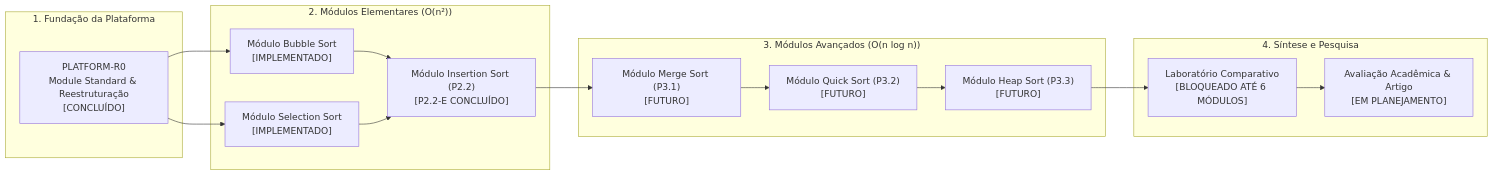
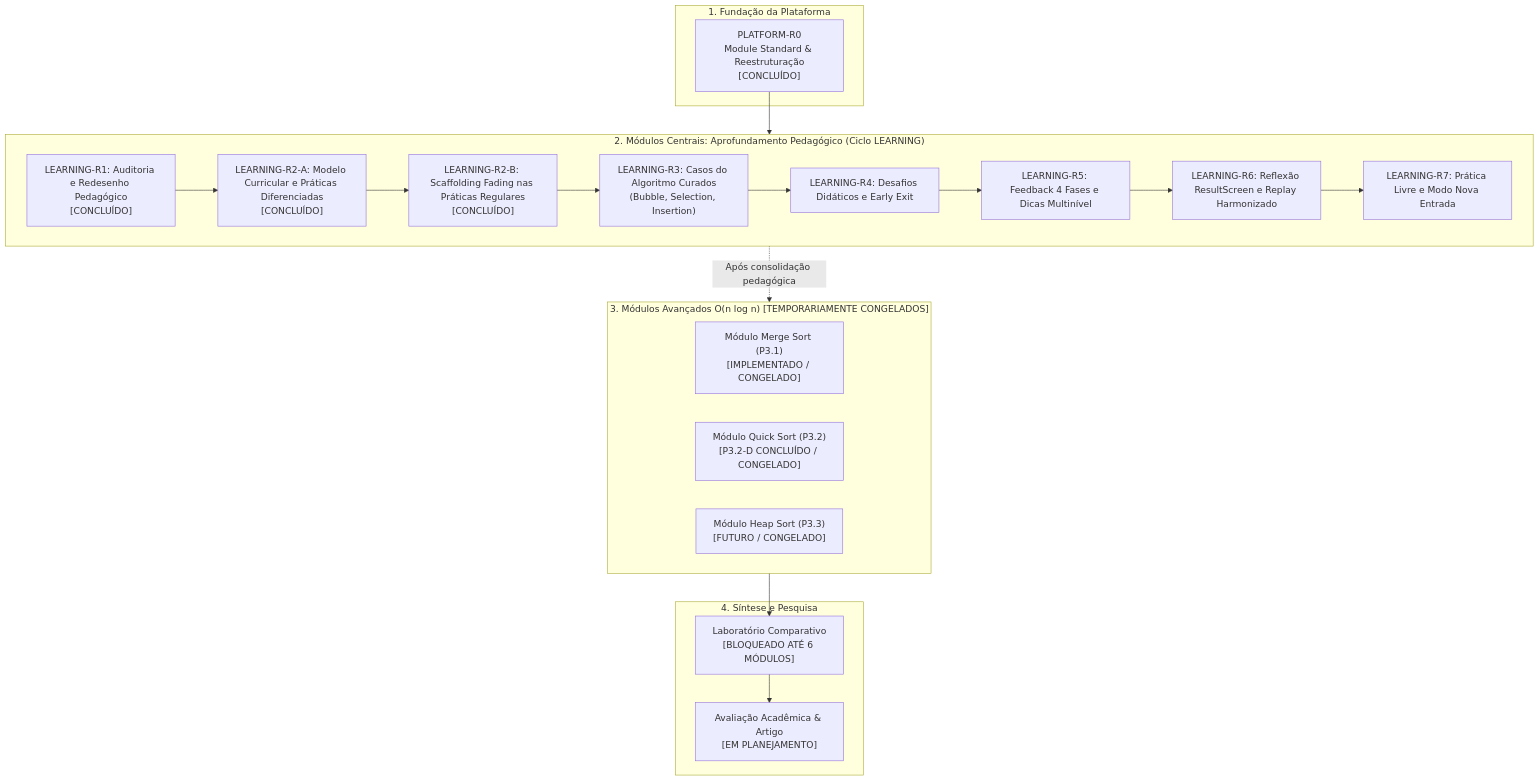
The diagram in docs/wiki/10-roadmap.md (MarcosV22/ClickOrder), drawn with Mermaid before and after one commit. The commit also changed other lines of this file and 40 other files, not shown here.

````diff
--- a/docs/wiki/10-roadmap.md
+++ b/docs/wiki/10-roadmap.md
@@ -14,25 +16,33 @@
 ```mermaid
-flowchart LR
+flowchart TD
     subgraph Foundation ["1. Fundação da Plataforma"]
         R0["PLATFORM-R0\nModule Standard & Reestruturação\n[CONCLUÍDO]"]
     end
 
-    subgraph Elementares ["2. Módulos Elementares (O(n²))"]
-        M1["Módulo Bubble Sort\n[IMPLEMENTADO]"]
-        M2["Módulo Selection Sort\n[IMPLEMENTADO]"]
-        M3["Módulo Insertion Sort (P2.2)\n[P2.2-E CONCLUÍDO]"]
+    subgraph Elementares ["2. Módulos Centrais: Aprofundamento Pedagógico (Ciclo LEARNING)"]
+        L1["LEARNING-R1: Auditoria e Redesenho Pedagógico\n[CONCLUÍDO]"]
+        L2["LEARNING-R2-A: Modelo Curricular e Práticas Diferenciadas\n[CONCLUÍDO]"]
+        L2B["LEARNING-R2-B: Scaffolding Fading nas Práticas Regulares\n[CONCLUÍDO]"]
+        L3["LEARNING-R3: Casos do Algoritmo Curados\n(Bubble, Selection, Insertion)"]
+        L4["LEARNING-R4: Desafios Didáticos e Early Exit"]
+        L5["LEARNING-R5: Feedback 4 Fases e Dicas Multinível"]
+        L6["LEARNING-R6: Reflexão ResultScreen e Replay Harmonizado"]
+        L7["LEARNING-R7: Prática Livre e Modo Nova Entrada"]
+        L1 --> L2 --> L2B --> L3 --> L4 --> L5 --> L6 --> L7
     end
 
-    subgraph Avancados ["3. Módulos Avançados (O(n log n))"]
-        M4["Módulo Merge Sort (P3.1)\n[FUTURO]"]
-        M5["Módulo Quick Sort (P3.2)\n[FUTURO]"]
-        M6["Módulo Heap Sort (P3.3)\n[FUTURO]"]
+    subgraph Avancados ["3. Módulos Avançados O(n log n) [TEMPORARIAMENTE CONGELADOS]"]
+        M4["Módulo Merge Sort (P3.1)\n[IMPLEMENTADO / CONGELADO]"]
+        M5["Módulo Quick Sort (P3.2)\n[P3.2-D CONCLUÍDO / CONGELADO]"]
+        M6["Módulo Heap Sort (P3.3)\n[FUTURO / CONGELADO]"]
     end
 
     subgraph Culminacao ["4. Síntese e Pesquisa"]
         CL["Laboratório Comparativo\n[BLOQUEADO ATÉ 6 MÓDULOS]"]
         AC["Avaliação Acadêmica & Artigo\n[EM PLANEJAMENTO]"]
     end
 
-    R0 --> M1 & M2 --> M3 --> M4 --> M5 --> M6 --> CL --> AC
+    R0 --> Elementares
+    Elementares -.->|Após consolidação pedagógica| Avancados
+    Avancados --> CL --> AC
 ```
````
